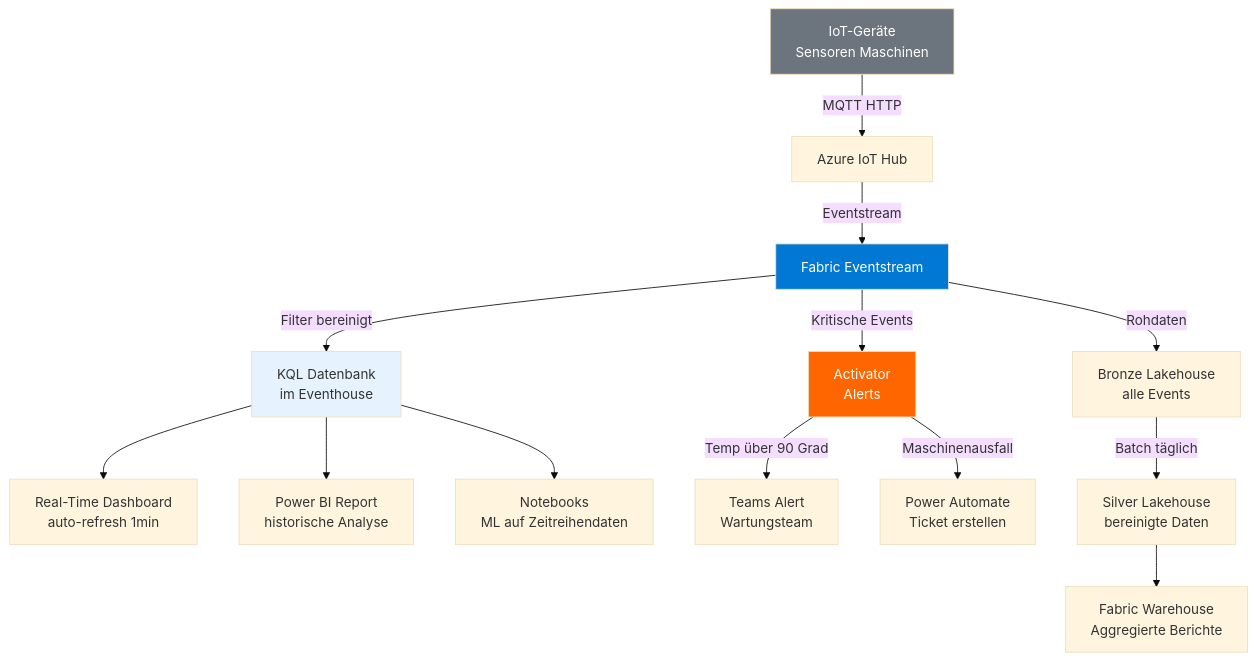
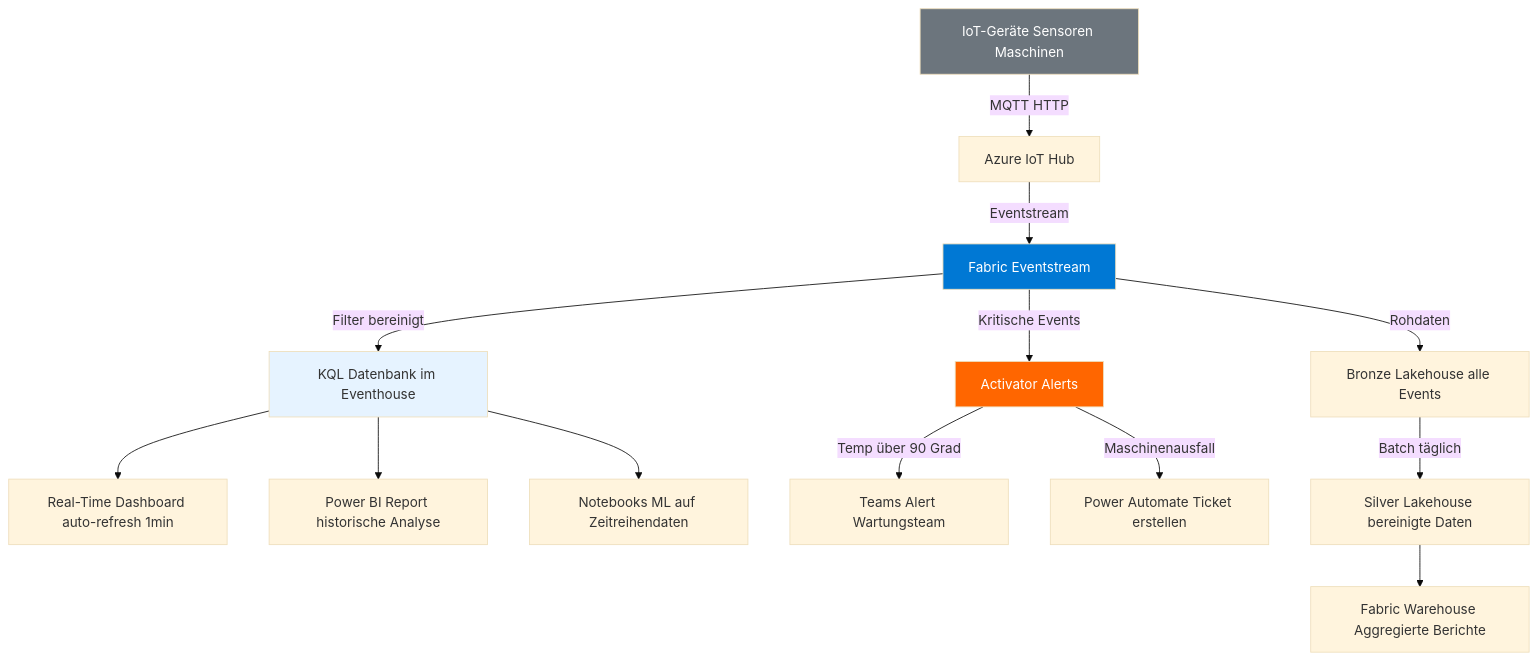
Before and after one commit to SoniiiT/notes-n-docs: the fifth of 5 diagrams in Microsoft 365/Azure/Fabric/Fabric Real-Time Intelligence.md, drawn with Mermaid (base theme). The commit also changed other lines of this file and 124 other files, not shown here.

First line of the commit message:
fix: Entferne \n aus allen Mermaid-Diagrammen (125 Dateien)

````diff
--- a/Microsoft 365/Azure/Fabric/Fabric Real-Time Intelligence.md
+++ b/Microsoft 365/Azure/Fabric/Fabric Real-Time Intelligence.md
@@ -328,24 +328,24 @@
 ```mermaid
 graph TD
-    IOT[IoT-Geräte\nSensoren Maschinen] -->|MQTT HTTP| IOTH[Azure IoT Hub]
+    IOT[IoT-Geräte Sensoren Maschinen] -->|MQTT HTTP| IOTH[Azure IoT Hub]
     IOTH -->|Eventstream| ES[Fabric Eventstream]
     
-    ES -->|Rohdaten| LH[Bronze Lakehouse\nalle Events]
-    ES -->|Filter bereinigt| KQL[KQL Datenbank\nim Eventhouse]
-    ES -->|Kritische Events| ACT[Activator\nAlerts]
+    ES -->|Rohdaten| LH[Bronze Lakehouse alle Events]
+    ES -->|Filter bereinigt| KQL[KQL Datenbank im Eventhouse]
+    ES -->|Kritische Events| ACT[Activator Alerts]
     
-    KQL --> RTD[Real-Time Dashboard\nauto-refresh 1min]
-    KQL --> PBI[Power BI Report\nhistorische Analyse]
-    KQL --> ML[Notebooks\nML auf Zeitreihendaten]
+    KQL --> RTD[Real-Time Dashboard auto-refresh 1min]
+    KQL --> PBI[Power BI Report historische Analyse]
+    KQL --> ML[Notebooks ML auf Zeitreihendaten]
     
-    ACT -->|Temp über 90 Grad| TEAMS[Teams Alert\nWartungsteam]
-    ACT -->|Maschinenausfall| PA[Power Automate\nTicket erstellen]
+    ACT -->|Temp über 90 Grad| TEAMS[Teams Alert Wartungsteam]
+    ACT -->|Maschinenausfall| PA[Power Automate Ticket erstellen]
     
-    LH -->|Batch täglich| SI[Silver Lakehouse\nbereinigte Daten]
-    SI --> DW[Fabric Warehouse\nAggregierte Berichte]
+    LH -->|Batch täglich| SI[Silver Lakehouse bereinigte Daten]
+    SI --> DW[Fabric Warehouse Aggregierte Berichte]
     
     style IOT fill:#6c757d,color:#fff
     style ES fill:#0078d4,color:#fff
     style KQL fill:#e6f3ff
     style ACT fill:#ff6600,color:#fff
 ```
````
